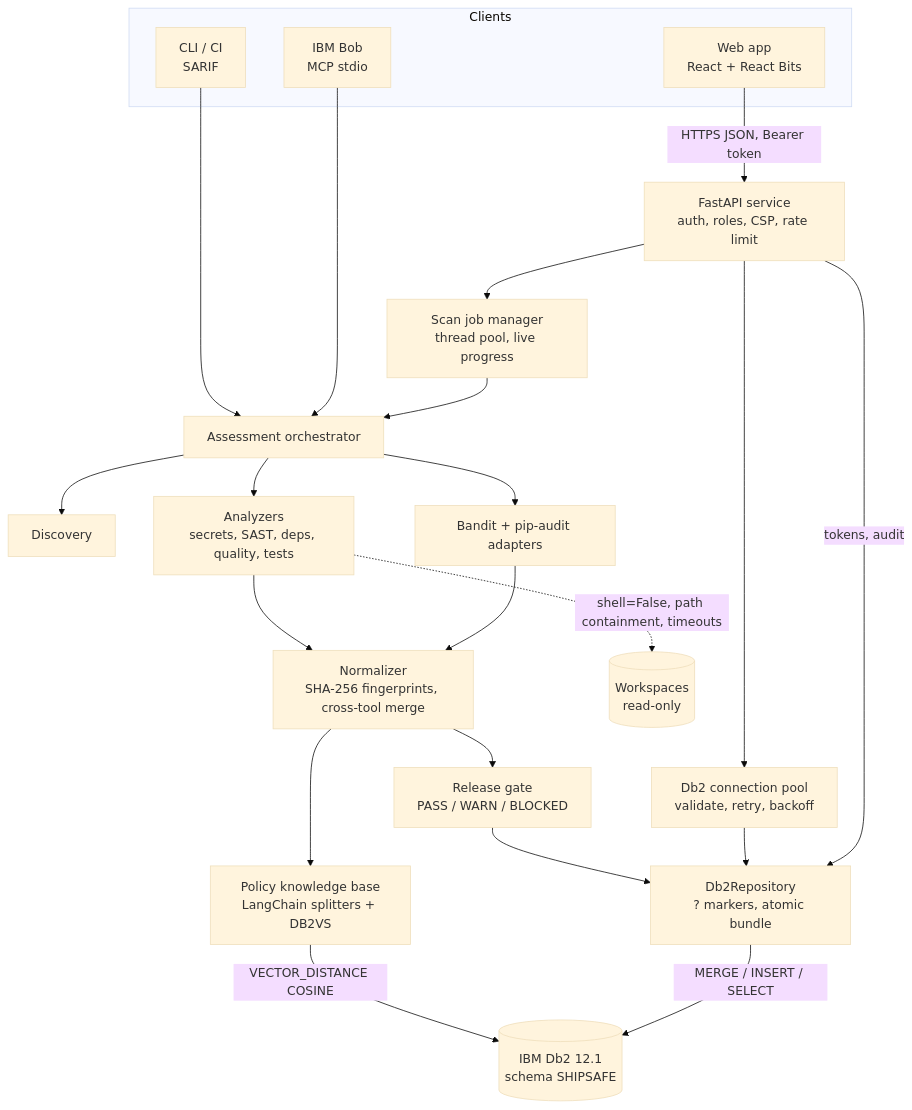
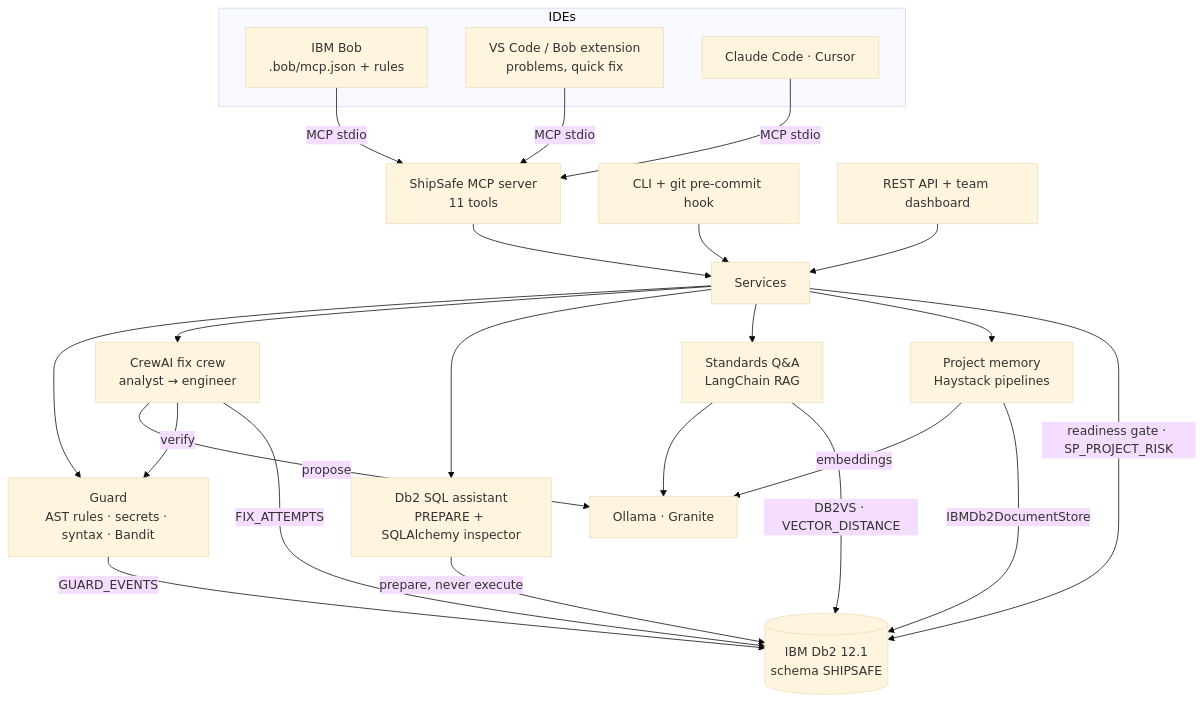
Before and after one commit to KunalGolaIBM/IBM_Db2_TechX_Project_Submission: the diagram in submissions/shipsafe-ai/architecture.md, drawn with Mermaid (base theme). The commit also changed other lines of this file and 61 other files, not shown here.

First line of the commit message:
feat(shipsafe-ai): agents, guard, Db2 SQL checker, IDE extension and integrations

````diff
--- a/submissions/shipsafe-ai/architecture.md
+++ b/submissions/shipsafe-ai/architecture.md
@@ -15,27 +30,29 @@
 ```mermaid
 graph TD
-    subgraph Clients
-      UI[Web app<br/>React + React Bits]
-      CLI[CLI / CI<br/>SARIF]
-      IDE[IBM Bob<br/>MCP stdio]
+    subgraph IDEs
+      BOB[IBM Bob<br/>.bob/mcp.json + rules]
+      VSC[VS Code / Bob extension<br/>problems, quick fix]
+      OTH[Claude Code · Cursor]
     end
-    UI -->|HTTPS JSON, Bearer token| API[FastAPI service<br/>auth, roles, CSP, rate limit]
-    API --> JOBS[Scan job manager<br/>thread pool, live progress]
-    API --> POOL[Db2 connection pool<br/>validate, retry, backoff]
-    CLI --> ORCH
-    IDE --> ORCH
-    JOBS --> ORCH[Assessment orchestrator]
-    ORCH --> DISC[Discovery]
-    ORCH --> SCAN[Analyzers<br/>secrets, SAST, deps, quality, tests]
-    ORCH --> EXT[Bandit + pip-audit adapters]
-    SCAN --> NORM[Normalizer<br/>SHA-256 fingerprints, cross-tool merge]
-    EXT --> NORM
-    NORM --> GATE[Release gate<br/>PASS / WARN / BLOCKED]
-    NORM --> KB[Policy knowledge base<br/>LangChain splitters + DB2VS]
-    KB -->|VECTOR_DISTANCE COSINE| DB2
-    GATE --> REPO[Db2Repository<br/>? markers, atomic bundle]
-    POOL --> REPO
-    REPO -->|MERGE / INSERT / SELECT| DB2[(IBM Db2 12.1<br/>schema SHIPSAFE)]
-    API -->|tokens, audit| REPO
-    SCAN -.->|shell=False, path containment, timeouts| WS[(Workspaces<br/>read-only)]
+    BOB -->|MCP stdio| MCP
+    VSC -->|MCP stdio| MCP
+    OTH -->|MCP stdio| MCP
+    MCP[ShipSafe MCP server<br/>11 tools] --> SVC[Services]
+    CLI[CLI + git pre-commit hook] --> SVC
+    API[REST API + team dashboard] --> SVC
+    SVC --> GUARD[Guard<br/>AST rules · secrets · syntax · Bandit]
+    SVC --> CREW[CrewAI fix crew<br/>analyst → engineer]
+    CREW -->|propose| GRAN[Ollama · Granite]
+    CREW -->|verify| GUARD
+    SVC --> SQL[Db2 SQL assistant<br/>PREPARE + SQLAlchemy inspector]
+    SVC --> STD[Standards Q&A<br/>LangChain RAG]
+    SVC --> MEM[Project memory<br/>Haystack pipelines]
+    STD --> GRAN
+    MEM -->|embeddings| GRAN
+    STD -->|DB2VS · VECTOR_DISTANCE| DB2
+    MEM -->|IBMDb2DocumentStore| DB2
+    SQL -->|prepare, never execute| DB2
+    GUARD -->|GUARD_EVENTS| DB2
+    CREW -->|FIX_ATTEMPTS| DB2
+    SVC -->|readiness gate · SP_PROJECT_RISK| DB2[(IBM Db2 12.1<br/>schema SHIPSAFE)]
 ```
````
